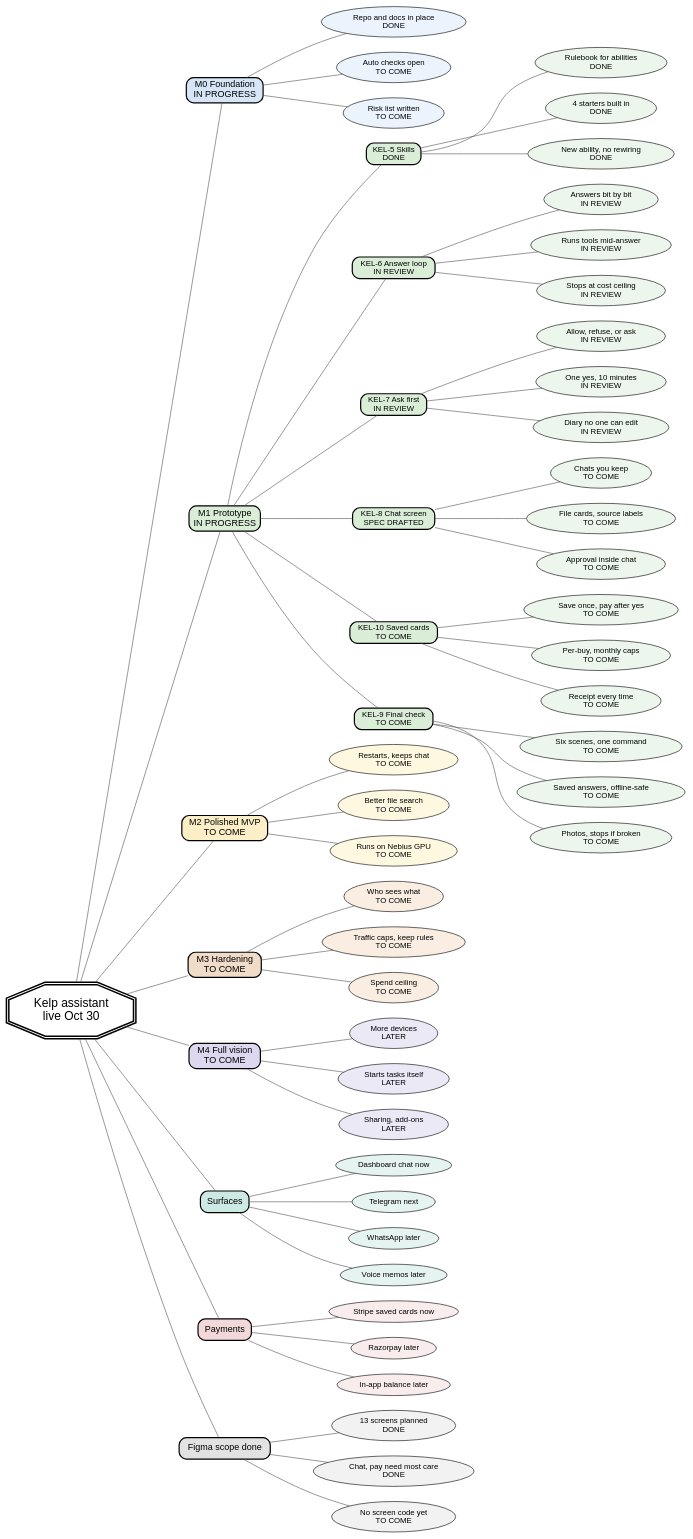
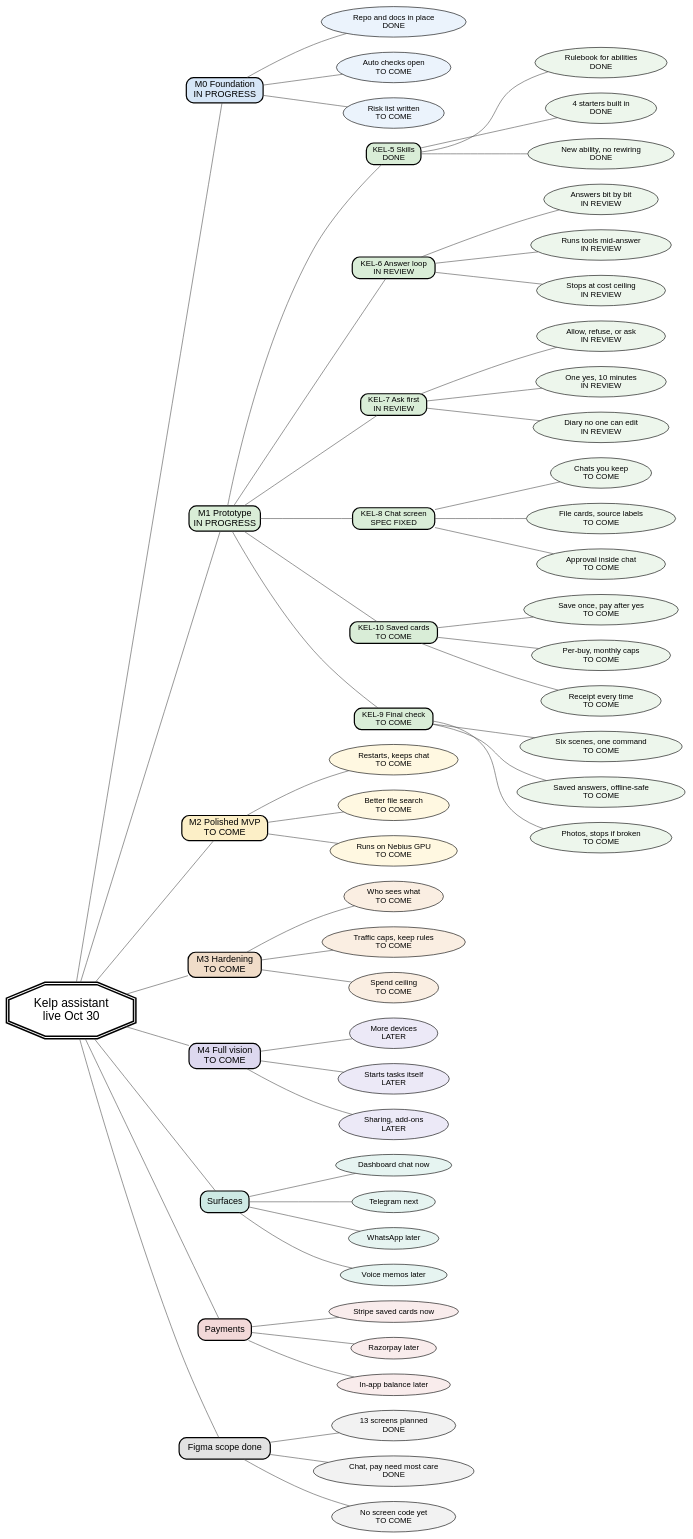
One commit to Anshieee/kelp changed the diagram in docs/sdlc-mindmap.gv. Above: the diagram before and after it, drawn with Graphviz. The commit also changed 4 other files, not shown here.

First line of the commit message:
docs: mark KEL-8 spec fixed on the SDLC tracker

```diff
--- a/docs/sdlc-mindmap.gv
+++ b/docs/sdlc-mindmap.gv
@@ -1,161 +1,161 @@
 // Kelp assistant SDLC mindmap (KEL-numbered).
 // One central node, one idea per branch, plain words.
 // Render: dot -Tsvg docs/sdlc-mindmap.gv -o docs/sdlc-mindmap.svg
 //         dot -Tpng docs/sdlc-mindmap.gv -o docs/sdlc-mindmap.png
 // Colours: white background, small muted fills per branch, black text.
 // Meaning is carried by words, never by colour alone. No emojis.
-// Status words: DONE, IN REVIEW, IN PROGRESS, TO COME, LATER, SPEC DRAFTED.
+// Status words: DONE, IN REVIEW, SPEC FIXED, IN PROGRESS, TO COME, LATER.
 // Interactivity: every node has URL (page anchor) + tooltip (one plain line),
 // so dot emits <a href> links and <title> tooltips in the SVG.
 digraph sdlc {
   bgcolor="white";
   rankdir="LR";
   splines="true";
   overlap="false";
   nodesep="0.35";
   ranksep="1.0";
   node [fontname="Helvetica" fontsize="13" color="black" fontcolor="black" fillcolor="white" style="filled,rounded"];
   edge [color="#555555" arrowhead="none"];
 
   // Central node
   center [label="Kelp assistant\nlive Oct 30" shape="doubleoctagon" style="filled,bold" fontsize="20" penwidth="2.5" width="2.3" height="1.2" fillcolor="white" URL="#top" tooltip="Private assistant you talk to from a dashboard. Target live Oct 30."];
 
   // Main branches
   m0   [label="M0 Foundation\nIN PROGRESS" shape="box" style="filled,bold,rounded" fontsize="15" penwidth="2" fillcolor="#D6E6F7" URL="#m0" tooltip="Stage 0: shared code, docs, checks, risk list. In progress."];
   m1   [label="M1 Prototype\nIN PROGRESS" shape="box" style="filled,bold,rounded" fontsize="15" penwidth="2" fillcolor="#D9EDD7" URL="#m1" tooltip="Stage 1: ask, answer, approve, pay, demo. In progress."];
   m2   [label="M2 Polished MVP\nTO COME" shape="box" style="filled,bold,rounded" fontsize="15" penwidth="2" fillcolor="#FCEFC7" URL="#m2" tooltip="Stage 2: survives ordinary use. Agreed, not started."];
   m3   [label="M3 Hardening\nTO COME" shape="box" style="filled,bold,rounded" fontsize="15" penwidth="2" fillcolor="#F0DCC8" URL="#m3" tooltip="Stage 3: privacy and cost promises hold. Agreed, not started."];
   m4   [label="M4 Full vision\nTO COME" shape="box" style="filled,bold,rounded" fontsize="15" penwidth="2" fillcolor="#DDD8EF" URL="#m4" tooltip="Stage 4: more devices and sharing. Direction, not a deadline."];
   surf [label="Surfaces" shape="box" style="filled,bold,rounded" fontsize="15" penwidth="2" fillcolor="#CDE9E4" URL="#surfaces" tooltip="Where you talk to the assistant: screen now, phone apps later."];
   pay  [label="Payments" shape="box" style="filled,bold,rounded" fontsize="15" penwidth="2" fillcolor="#F2D8D8" URL="#payments" tooltip="How money moves: Stripe now, the rest later."];
   fig  [label="Figma scope done" shape="box" style="filled,bold,rounded" fontsize="15" penwidth="2" fillcolor="#E2E2E2" URL="#figma" tooltip="Screen plan is written. Drawing file is next, no code yet."];
 
   center -> m0;
   center -> m1;
   center -> m2;
   center -> m3;
   center -> m4;
   center -> surf;
   center -> pay;
   center -> fig;
 
   // M0 Foundation leaves (soft blue family)
   m0_repo   [label="Repo and docs in place\nDONE" fillcolor="#EBF3FC" URL="#m0" tooltip="Shared code copy plus docs live. Finished."];
   m0_checks [label="Auto checks open\nTO COME" fillcolor="#EBF3FC" URL="#m0" tooltip="Tests that run on every change. Not started."];
   m0_risks  [label="Risk list written\nTO COME" fillcolor="#EBF3FC" URL="#m0" tooltip="Written list of what could go wrong. Not started."];
   m0 -> m0_repo;
   m0 -> m0_checks;
   m0 -> m0_risks;
 
   // M1 holds the six KEL work items (soft green family)
   k5  [label="KEL-5 Skills\nDONE" shape="box" style="filled,bold,rounded" fillcolor="#D9EDD7" URL="#kel-5" tooltip="Rulebook every new ability follows. Finished."];
   k6  [label="KEL-6 Answer loop\nIN REVIEW" shape="box" style="filled,bold,rounded" fillcolor="#D9EDD7" URL="#kel-6" tooltip="Engine: reads, thinks, answers bit by bit. Merged to main; review pending."];
   k7  [label="KEL-7 Ask first\nIN REVIEW" shape="box" style="filled,bold,rounded" fillcolor="#D9EDD7" URL="#kel-7" tooltip="Checkpoint that asks you before acting. Merged to main; review pending."];
-  k8  [label="KEL-8 Chat screen\nSPEC DRAFTED" shape="box" style="filled,bold,rounded" fillcolor="#D9EDD7" URL="#kel-8" tooltip="Main screen you talk through. Spec drafted; no screen built yet."];
+  k8  [label="KEL-8 Chat screen\nSPEC FIXED" shape="box" style="filled,bold,rounded" fillcolor="#D9EDD7" URL="#kel-8" tooltip="Main screen you talk through. Spec fixed after review; no screen built yet."];
   k10 [label="KEL-10 Saved cards\nTO COME" shape="box" style="filled,bold,rounded" fillcolor="#D9EDD7" URL="#kel-10" tooltip="Pay with saved cards after you say yes. Agreed, not started."];
   k9  [label="KEL-9 Final check\nTO COME" shape="box" style="filled,bold,rounded" fillcolor="#D9EDD7" URL="#kel-9" tooltip="Six-scene demo that proves it works. Runs last."];
   m1 -> k5;
   m1 -> k6;
   m1 -> k7;
   m1 -> k8;
   m1 -> k10;
   m1 -> k9;
 
   // KEL-5 leaves: what it is + why it matters
   k5_rule [label="Rulebook for abilities\nDONE" fillcolor="#EDF6EC" URL="#kel-5" tooltip="What each tool takes in, gives back, may touch. Finished."];
   k5_four [label="4 starters built in\nDONE" fillcolor="#EDF6EC" URL="#kel-5" tooltip="Web search, GitHub read, file answers, scheduler. Finished."];
   k5_add  [label="New ability, no rewiring\nDONE" fillcolor="#EDF6EC" URL="#kel-5" tooltip="Adding a tool is a small contained job. Finished."];
   k5 -> k5_rule;
   k5 -> k5_four;
   k5 -> k5_add;
 
   // KEL-6 leaves
   k6_stream [label="Answers bit by bit\nIN REVIEW" fillcolor="#EDF6EC" URL="#kel-6" tooltip="Words appear as they arrive. Merged to main; review pending."];
   k6_tools  [label="Runs tools mid-answer\nIN REVIEW" fillcolor="#EDF6EC" URL="#kel-6" tooltip="Asks a small program to do one thing, feeds back result. Merged to main; review pending."];
   k6_cap    [label="Stops at cost ceiling\nIN REVIEW" fillcolor="#EDF6EC" URL="#kel-6" tooltip="Hard limit on steps and length, tallies price. Merged to main; review pending."];
   k6 -> k6_stream;
   k6 -> k6_tools;
   k6 -> k6_cap;
 
   // KEL-7 leaves
   k7_ask   [label="Allow, refuse, or ask\nIN REVIEW" fillcolor="#EDF6EC" URL="#kel-7" tooltip="Nothing changes something without a yes. Merged to main; review pending."];
   k7_once  [label="One yes, 10 minutes\nIN REVIEW" fillcolor="#EDF6EC" URL="#kel-7" tooltip="Approval names exact action, works once, then expires. Merged to main; review pending."];
   k7_diary [label="Diary no one can edit\nIN REVIEW" fillcolor="#EDF6EC" URL="#kel-7" tooltip="Every decision logged, keys removed. Merged to main; review pending."];
   k7 -> k7_ask;
   k7 -> k7_once;
   k7 -> k7_diary;
 
   // KEL-8 leaves
-  k8_chat [label="Chats you keep\nTO COME" fillcolor="#EDF6EC" URL="#kel-8" tooltip="Conversations you name and pick up later. Spec drafted, not built."];
-  k8_cards [label="File cards, source labels\nTO COME" fillcolor="#EDF6EC" URL="#kel-8" tooltip="PDF and table previews plus where answers came from. Spec drafted, not built."];
-  k8_appr [label="Approval inside chat\nTO COME" fillcolor="#EDF6EC" URL="#kel-8" tooltip="Yes or no buttons shown in the conversation. Spec drafted, not built."];
+  k8_chat [label="Chats you keep\nTO COME" fillcolor="#EDF6EC" URL="#kel-8" tooltip="Conversations you name and pick up later. Spec fixed, not built."];
+  k8_cards [label="File cards, source labels\nTO COME" fillcolor="#EDF6EC" URL="#kel-8" tooltip="PDF and table previews plus where answers came from. Spec fixed, not built."];
+  k8_appr [label="Approval inside chat\nTO COME" fillcolor="#EDF6EC" URL="#kel-8" tooltip="Yes or no buttons shown in the conversation. Spec fixed, not built."];
   k8 -> k8_chat;
   k8 -> k8_cards;
   k8 -> k8_appr;
 
   // KEL-10 leaves
   k10_cards [label="Save once, pay after yes\nTO COME" fillcolor="#EDF6EC" URL="#kel-10" tooltip="Cards kept by Stripe, charged only with approval. Not started."];
   k10_caps  [label="Per-buy, monthly caps\nTO COME" fillcolor="#EDF6EC" URL="#kel-10" tooltip="Spending rules that block over-limit pays. Not started."];
   k10_receipt [label="Receipt every time\nTO COME" fillcolor="#EDF6EC" URL="#kel-10" tooltip="What was done, when, and how much. Not started."];
   k10 -> k10_cards;
   k10 -> k10_caps;
   k10 -> k10_receipt;
 
   // KEL-9 leaves
   k9_six  [label="Six scenes, one command\nTO COME" fillcolor="#EDF6EC" URL="#kel-9" tooltip="Ask, files, GitHub, approve, schedule, restart. Not started."];
   k9_saved [label="Saved answers, offline-safe\nTO COME" fillcolor="#EDF6EC" URL="#kel-9" tooltip="Make-believe model answers so the run repeats. Not started."];
   k9_shots [label="Photos, stops if broken\nTO COME" fillcolor="#EDF6EC" URL="#kel-9" tooltip="Screenshot per scene, error if one fails. Not started."];
   k9 -> k9_six;
   k9 -> k9_saved;
   k9 -> k9_shots;
 
   // M2 leaves (soft amber family)
   m2_restart [label="Restarts, keeps chat\nTO COME" fillcolor="#FFF8E1" URL="#m2" tooltip="Picks up after a restart with nothing lost. Not started."];
   m2_search  [label="Better file search\nTO COME" fillcolor="#FFF8E1" URL="#m2" tooltip="Finds the right bit of your documents. Not started."];
   m2_gpu     [label="Runs on Nebius GPU\nTO COME" fillcolor="#FFF8E1" URL="#m2" tooltip="Model served from our fast chip. Not started."];
   m2 -> m2_restart;
   m2 -> m2_search;
   m2 -> m2_gpu;
 
   // M3 leaves (soft peach family)
   m3_who  [label="Who sees what\nTO COME" fillcolor="#FAEEE2" URL="#m3" tooltip="Privacy rules plus keys kept apart. Not started."];
   m3_rate [label="Traffic caps, keep rules\nTO COME" fillcolor="#FAEEE2" URL="#m3" tooltip="Limits on use and how long data stays. Not started."];
   m3_cost [label="Spend ceiling\nTO COME" fillcolor="#FAEEE2" URL="#m3" tooltip="Ceiling on model cost per turn and month. Not started."];
   m3 -> m3_who;
   m3 -> m3_rate;
   m3 -> m3_cost;
 
   // M4 leaves (soft lavender family)
   m4_dev  [label="More devices\nLATER" fillcolor="#ECE9F7" URL="#m4" tooltip="Same assistant in more places. Later."];
   m4_self [label="Starts tasks itself\nLATER" fillcolor="#ECE9F7" URL="#m4" tooltip="Work the assistant begins on its own. Later."];
   m4_team [label="Sharing, add-ons\nLATER" fillcolor="#ECE9F7" URL="#m4" tooltip="Team use plus abilities added by others. Later."];
   m4 -> m4_dev;
   m4 -> m4_self;
   m4 -> m4_team;
 
   // Surfaces leaves (soft teal family)
   s_dash [label="Dashboard chat now" fillcolor="#E6F4F1" URL="#surfaces" tooltip="Main screen in the browser. Built first."];
   s_tg   [label="Telegram next" fillcolor="#E6F4F1" URL="#surfaces" tooltip="Mirror of the same assistant, same rules. Next."];
   s_wa   [label="WhatsApp later" fillcolor="#E6F4F1" URL="#surfaces" tooltip="Not in this round. Later."];
   s_voice [label="Voice memos later" fillcolor="#E6F4F1" URL="#surfaces" tooltip="No recording or listening work yet. Later."];
   surf -> s_dash;
   surf -> s_tg;
   surf -> s_wa;
   surf -> s_voice;
 
   // Payments leaves (soft rose family)
   p_stripe [label="Stripe saved cards now" fillcolor="#F9ECEC" URL="#payments" tooltip="Save once, pay after approval, receipt each time. Now."];
   p_razor  [label="Razorpay later" fillcolor="#F9ECEC" URL="#payments" tooltip="No integration in this round. Later."];
   p_bal    [label="In-app balance later" fillcolor="#F9ECEC" URL="#payments" tooltip="Topping up and ledger wait. Later."];
   pay -> p_stripe;
   pay -> p_razor;
   pay -> p_bal;
 
   // Figma leaves (soft grey family)
   f_plan [label="13 screens planned\nDONE" fillcolor="#F2F2F2" URL="#figma" tooltip="Thirteen screens, three flows, four states each. Finished."];
   f_flows [label="Chat, pay need most care\nDONE" fillcolor="#F2F2F2" URL="#figma" tooltip="Money screens get big numbers and plain words. Finished."];
   f_code [label="No screen code yet\nTO COME" fillcolor="#F2F2F2" URL="#figma" tooltip="Drawing file next, then code. Not started."];
   fig -> f_plan;
   fig -> f_flows;
   fig -> f_code;
 }
```
